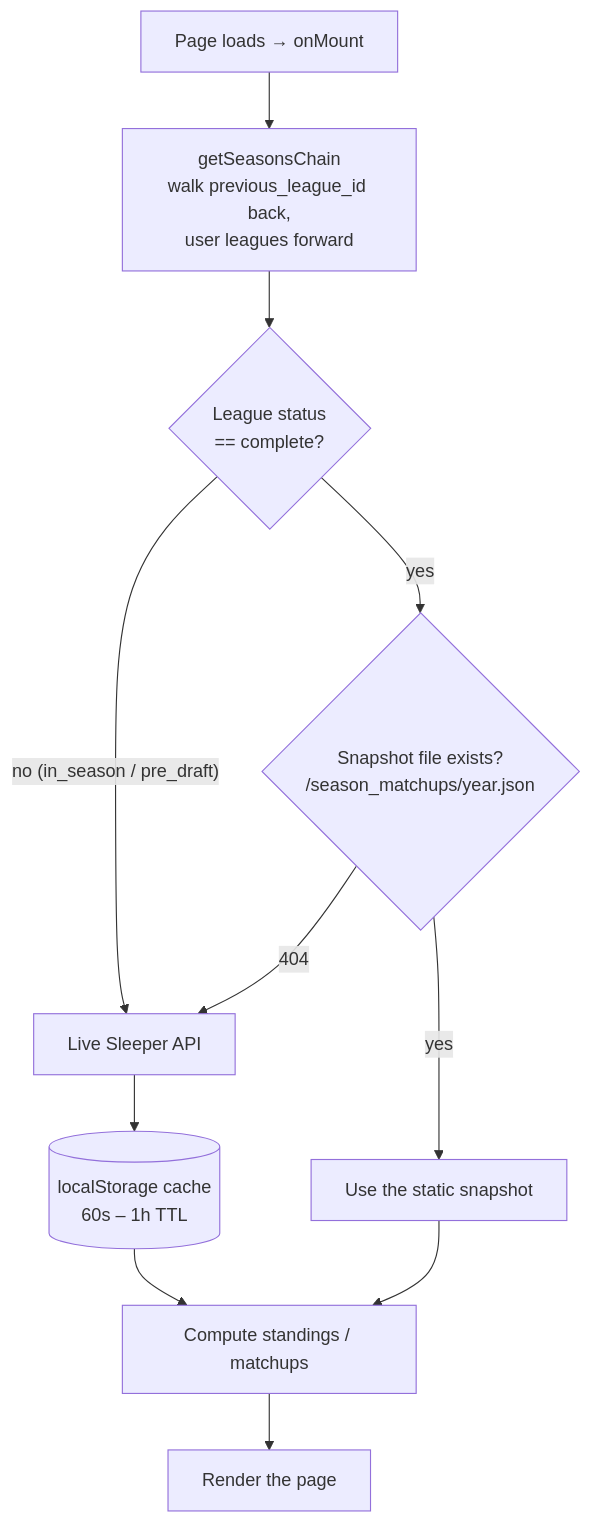
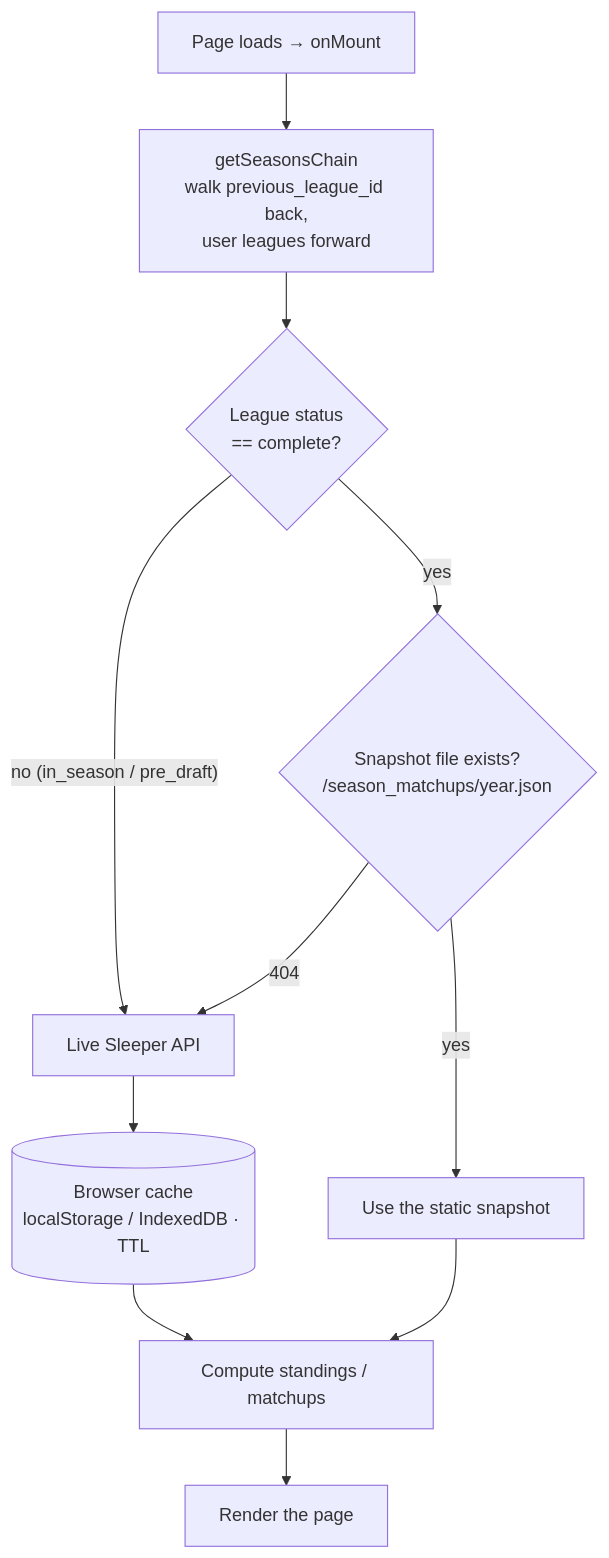
The third of 4 diagrams in README.md (itzkybes/bfa-website), drawn with Mermaid before and after one commit. The commit also changed other lines of this file and 3 other files, not shown here.

````diff
--- a/README.md
+++ b/README.md
@@ -345,13 +346,13 @@
 ```mermaid
 flowchart TD
     A["Page loads → onMount"] --> B["getSeasonsChain<br/>walk previous_league_id back,<br/>user leagues forward"]
     B --> C{"League status<br/>== complete?"}
     C -- "no (in_season / pre_draft)" --> L["Live Sleeper API"]
     C -- yes --> D{"Snapshot file exists?<br/>/season_matchups/year.json"}
     D -- "yes" --> S["Use the static snapshot"]
     D -- "404" --> L
-    L --> K[("localStorage cache<br/>60s – 1h TTL")]
+    L --> K[("Browser cache<br/>localStorage / IndexedDB · TTL")]
     K --> R["Compute standings / matchups"]
     S --> R
     R --> UI["Render the page"]
 ```
````
